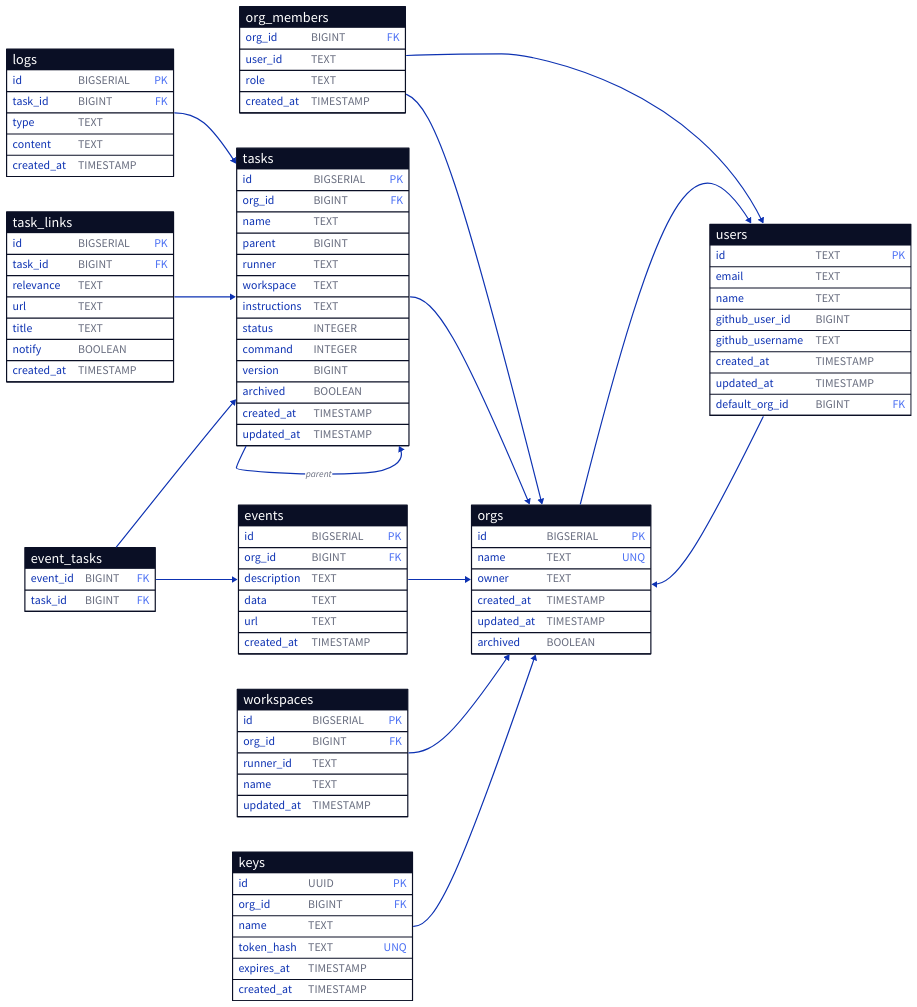
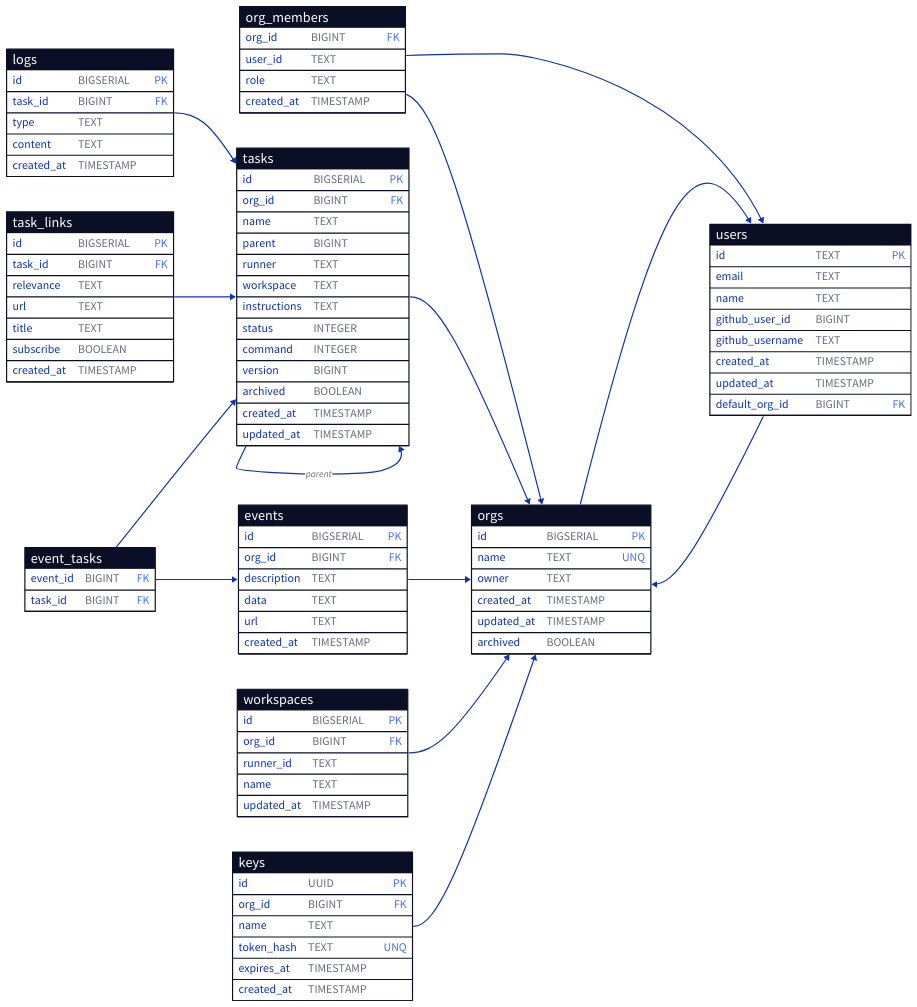
The diagram in images/schema.d2 (icholy/xagent), drawn with D2 before and after one commit. The commit also changed 25 other files, not shown here.

Commit message:
Rename notify to subscribe

```diff
--- a/images/schema.d2
+++ b/images/schema.d2
@@ -1,118 +1,118 @@
 direction: right
 
 tasks: {
   shape: sql_table
   id: BIGSERIAL {constraint: primary_key}
   org_id: BIGINT {constraint: foreign_key}
   name: TEXT
   parent: BIGINT
   runner: TEXT
   workspace: TEXT
   instructions: TEXT
   status: INTEGER
   command: INTEGER
   version: BIGINT
   archived: BOOLEAN
   created_at: TIMESTAMP
   updated_at: TIMESTAMP
 }
 
 logs: {
   shape: sql_table
   id: BIGSERIAL {constraint: primary_key}
   task_id: BIGINT {constraint: foreign_key}
   type: TEXT
   content: TEXT
   created_at: TIMESTAMP
 }
 
 task_links: {
   shape: sql_table
   id: BIGSERIAL {constraint: primary_key}
   task_id: BIGINT {constraint: foreign_key}
   relevance: TEXT
   url: TEXT
   title: TEXT
-  notify: BOOLEAN
+  subscribe: BOOLEAN
   created_at: TIMESTAMP
 }
 
 events: {
   shape: sql_table
   id: BIGSERIAL {constraint: primary_key}
   org_id: BIGINT {constraint: foreign_key}
   description: TEXT
   data: TEXT
   url: TEXT
   created_at: TIMESTAMP
 }
 
 event_tasks: {
   shape: sql_table
   event_id: BIGINT {constraint: foreign_key}
   task_id: BIGINT {constraint: foreign_key}
 }
 
 workspaces: {
   shape: sql_table
   id: BIGSERIAL {constraint: primary_key}
   org_id: BIGINT {constraint: foreign_key}
   runner_id: TEXT
   name: TEXT
   updated_at: TIMESTAMP
 }
 
 keys: {
   shape: sql_table
   id: UUID {constraint: primary_key}
   org_id: BIGINT {constraint: foreign_key}
   name: TEXT
   token_hash: TEXT {constraint: unique}
   expires_at: TIMESTAMP
   created_at: TIMESTAMP
 }
 
 users: {
   shape: sql_table
   id: TEXT {constraint: primary_key}
   email: TEXT
   name: TEXT
   github_user_id: BIGINT
   github_username: TEXT
   created_at: TIMESTAMP
   updated_at: TIMESTAMP
   default_org_id: BIGINT {constraint: foreign_key}
 }
 
 orgs: {
   shape: sql_table
   id: BIGSERIAL {constraint: primary_key}
   name: TEXT {constraint: unique}
   owner: TEXT
   created_at: TIMESTAMP
   updated_at: TIMESTAMP
   archived: BOOLEAN
 }
 
 org_members: {
   shape: sql_table
   org_id: BIGINT {constraint: foreign_key}
   user_id: TEXT
   role: TEXT
   created_at: TIMESTAMP
 }
 
 # Relationships
 org_members.org_id -> orgs.id
 logs.task_id -> tasks.id
 task_links.task_id -> tasks.id
 event_tasks.event_id -> events.id
 event_tasks.task_id -> tasks.id
 tasks.parent -> tasks.id: parent
 tasks.org_id -> orgs.id
 events.org_id -> orgs.id
 workspaces.org_id -> orgs.id
 keys.org_id -> orgs.id
 org_members.user_id -> users.id
 orgs.owner -> users.id
 users.default_org_id -> orgs.id
```
